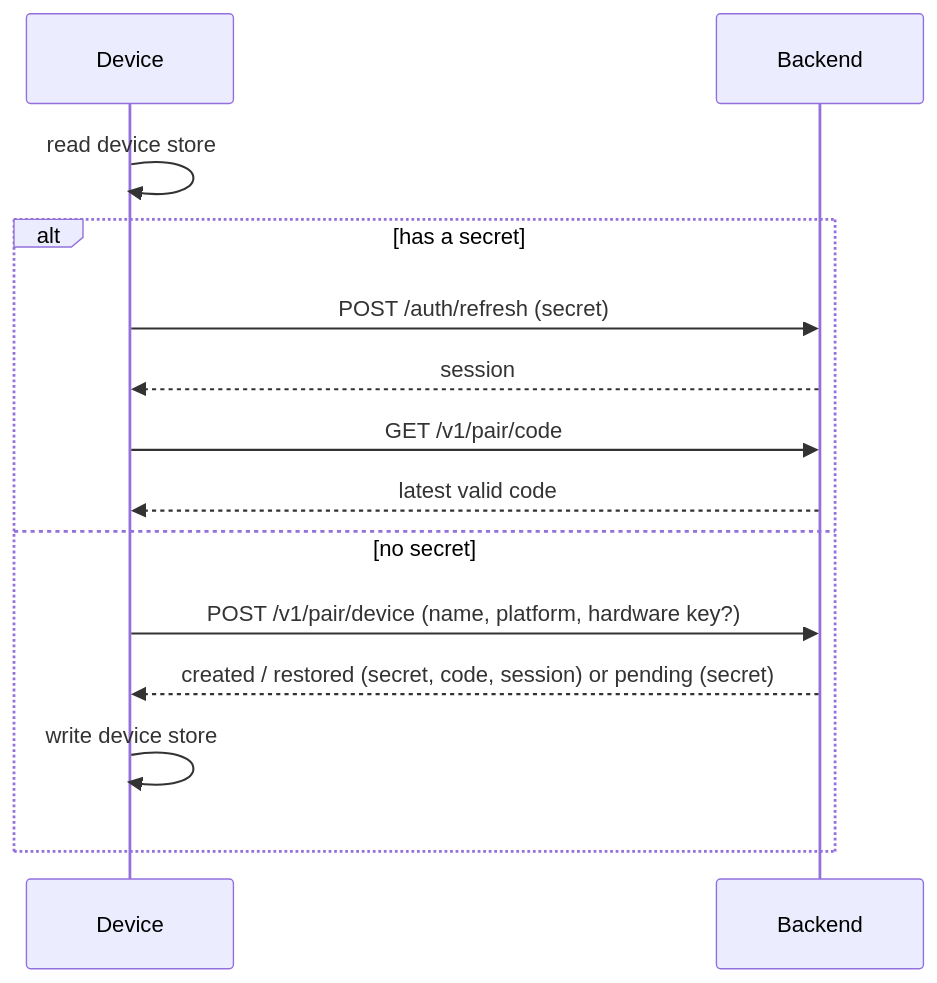
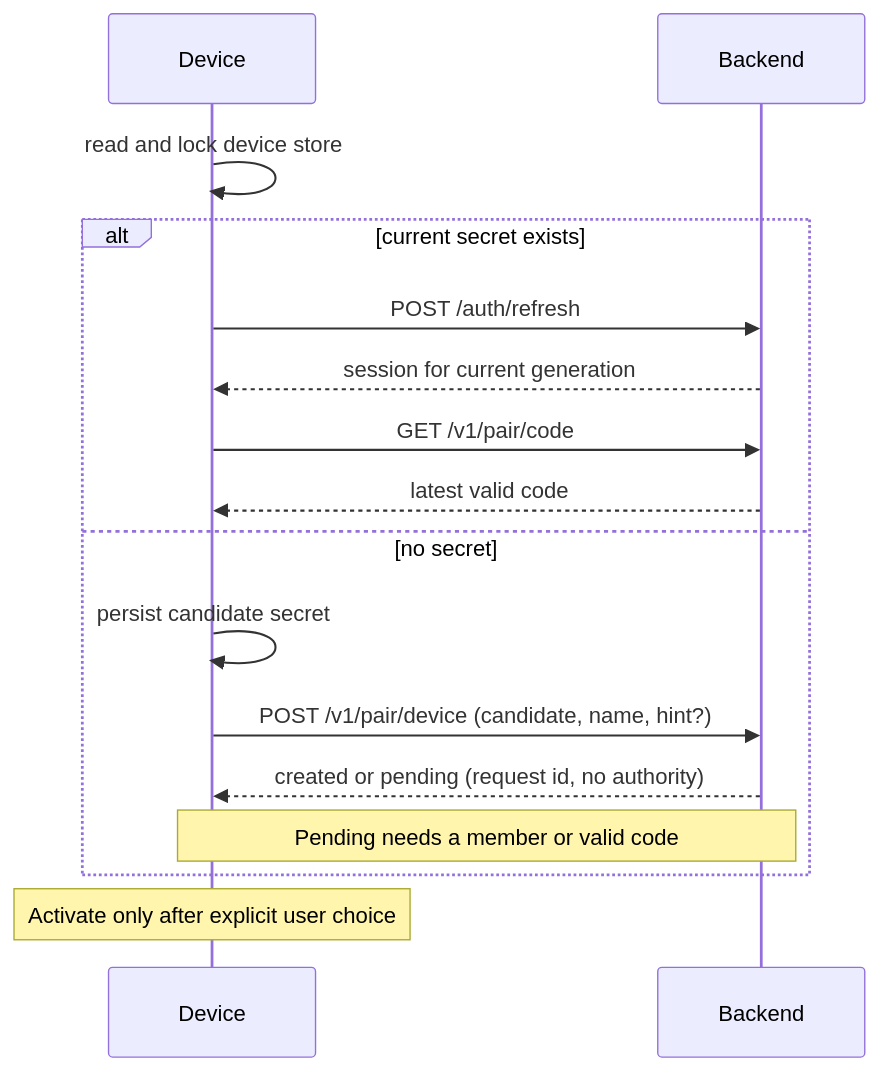
The first of 2 diagrams in docs/pairing-code-login.md (acking-you/POCOX), drawn with Mermaid before and after one commit. The commit also changed other lines of this file and 2 other files, not shown here.

````diff
--- a/docs/pairing-code-login.md
+++ b/docs/pairing-code-login.md
@@ -132,16 +173,18 @@
 ```mermaid
 sequenceDiagram
     participant D as Device
     participant B as Backend
-    D->>D: read device store
-    alt has a secret
-        D->>B: POST /auth/refresh (secret)
-        B-->>D: session
+    D->>D: read and lock device store
+    alt current secret exists
+        D->>B: POST /auth/refresh
+        B-->>D: session for current generation
         D->>B: GET /v1/pair/code
         B-->>D: latest valid code
     else no secret
-        D->>B: POST /v1/pair/device (name, platform, hardware key?)
-        B-->>D: created / restored (secret, code, session) or pending (secret)
-        D->>D: write device store
+        D->>D: persist candidate secret
+        D->>B: POST /v1/pair/device (candidate, name, hint?)
+        B-->>D: created or pending (request id, no authority)
+        Note over D,B: Pending needs a member or valid code
     end
+    Note over D: Activate only after explicit user choice
 ```
````
